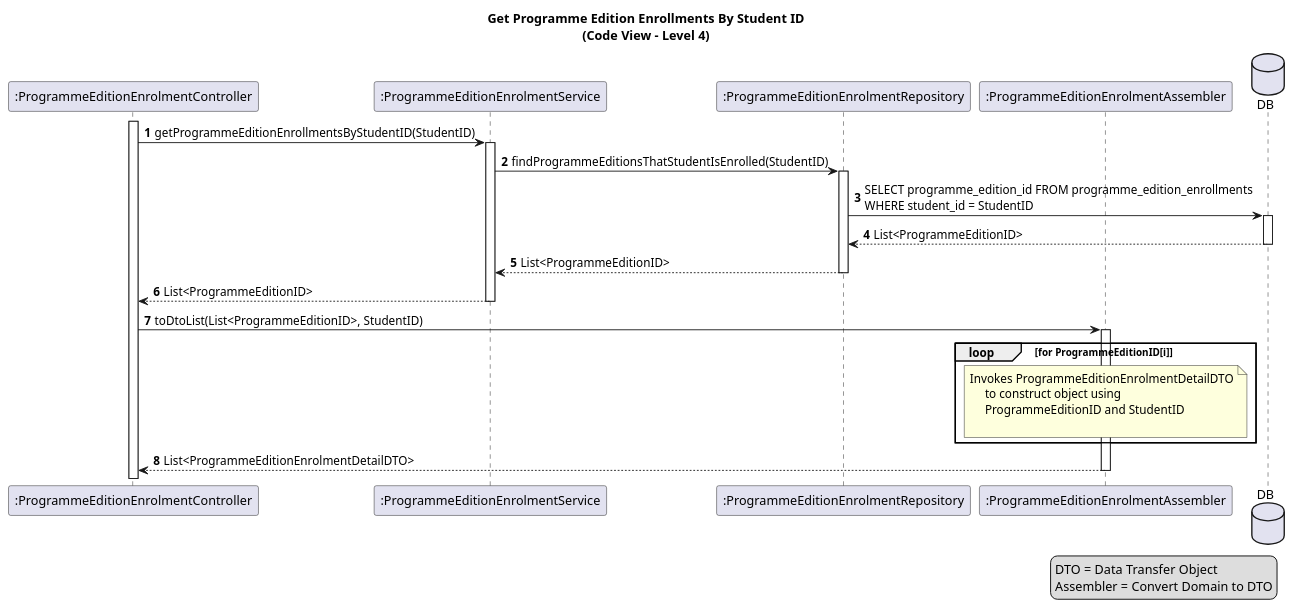
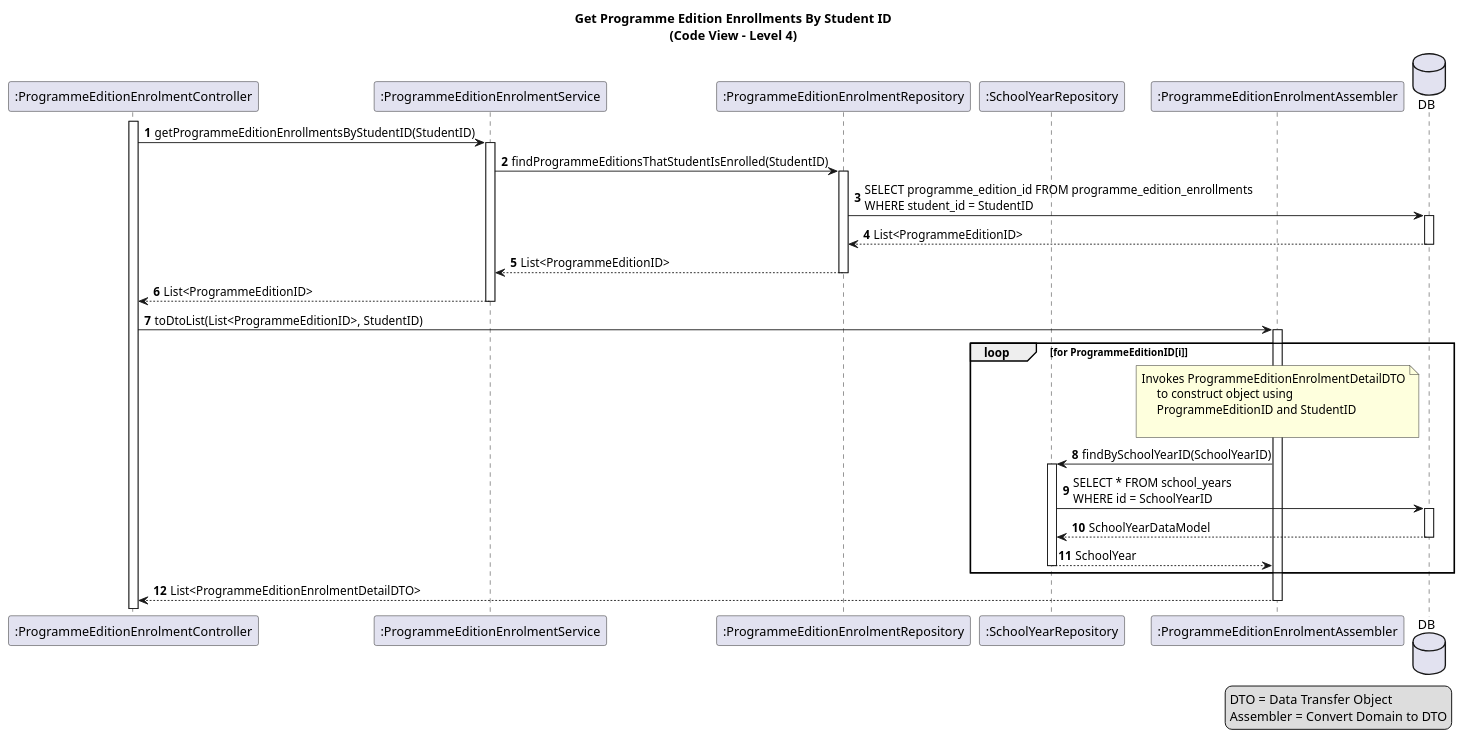
One commit to GasparISEP/DevOps-PAI changed the diagram in docs/US16/sprint6_RestController/process_view/references/GetProgrammeEditionsByStudentId.puml. Above: the diagram before and after it, drawn with PlantUML.

Commit message:
[docs]: Add SchoolYearRepository participant to GetProgrammeEditionsByStudentId sequence diagram for improved clarity on data flow. refs #589 #500

```diff
--- a/docs/US16/sprint6_RestController/process_view/references/GetProgrammeEditionsByStudentId.puml
+++ b/docs/US16/sprint6_RestController/process_view/references/GetProgrammeEditionsByStudentId.puml
@@ -1,38 +1,44 @@
 @startuml
 title: Get Programme Edition Enrollments By Student ID\n(Code View - Level 4)
 
 autonumber
 
 participant ":ProgrammeEditionEnrolmentController" as peeCtrl
 activate peeCtrl
 participant ":ProgrammeEditionEnrolmentService" as peeService
 participant ":ProgrammeEditionEnrolmentRepository" as peeRepo
+participant ":SchoolYearRepository" as syRepo
 participant ":ProgrammeEditionEnrolmentAssembler" as peeAssembler
 database DB
 
 peeCtrl -> peeService ++: getProgrammeEditionEnrollmentsByStudentID(StudentID)
 peeService -> peeRepo ++: findProgrammeEditionsThatStudentIsEnrolled(StudentID)
 peeRepo -> DB ++: SELECT programme_edition_id FROM programme_edition_enrollments\nWHERE student_id = StudentID
 DB --> peeRepo --: List<ProgrammeEditionID>
 
 peeRepo --> peeService --: List<ProgrammeEditionID>
 peeService --> peeCtrl --: List<ProgrammeEditionID>
 
 peeCtrl -> peeAssembler ++: toDtoList(List<ProgrammeEditionID>, StudentID)
 
 loop for ProgrammeEditionID[i]
     note over of peeAssembler
         Invokes ProgrammeEditionEnrolmentDetailDTO
              to construct object using
              ProgrammeEditionID and StudentID
             
     end note
+    
+    peeAssembler -> syRepo ++: findBySchoolYearID(SchoolYearID)
+    syRepo -> DB ++: SELECT * FROM school_years\nWHERE id = SchoolYearID
+    DB --> syRepo --: SchoolYearDataModel
+    syRepo --> peeAssembler --: SchoolYear
 end
 peeAssembler --> peeCtrl --: List<ProgrammeEditionEnrolmentDetailDTO>
 
 legend right
   DTO = Data Transfer Object
   Assembler = Convert Domain to DTO
 end legend
 
 @enduml 
```
